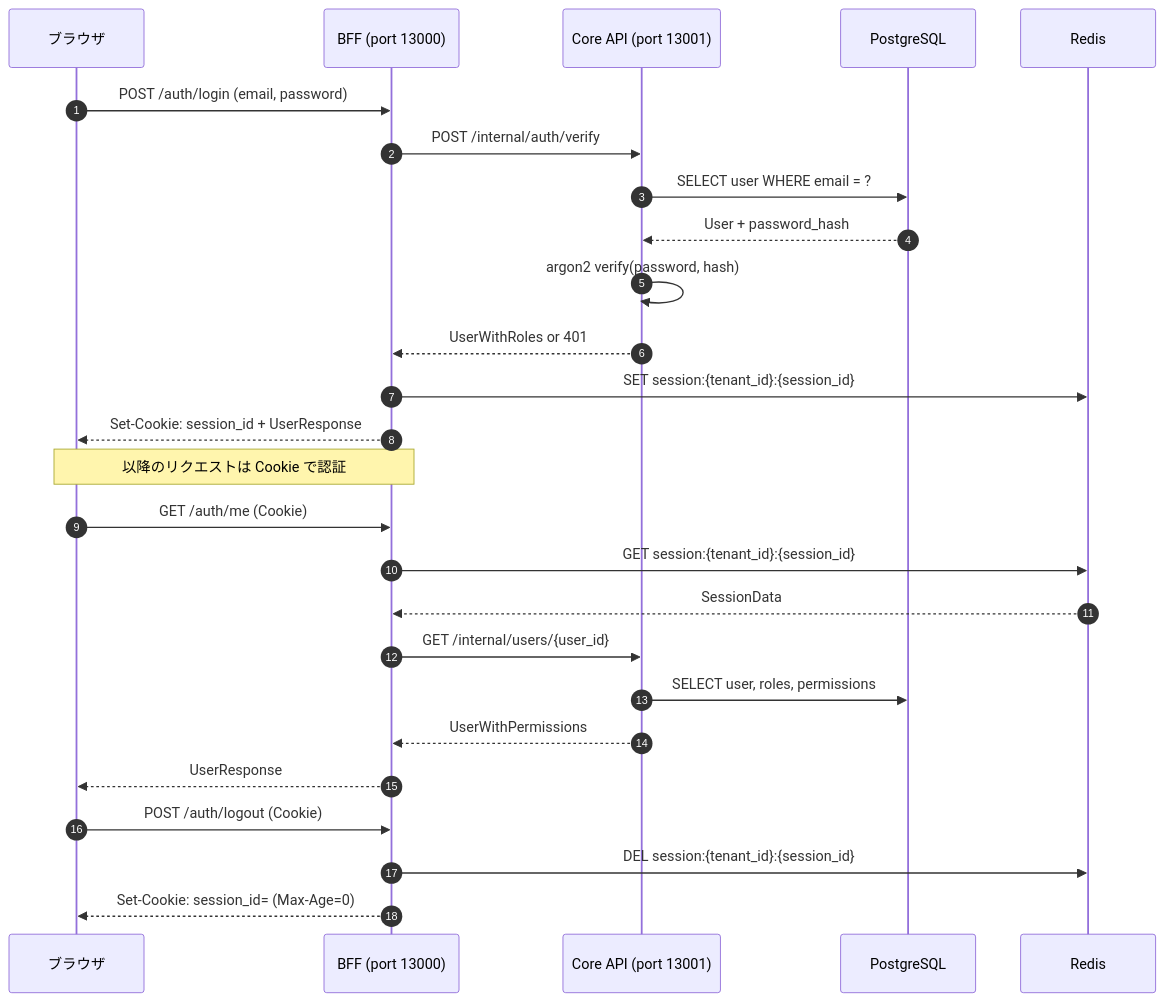
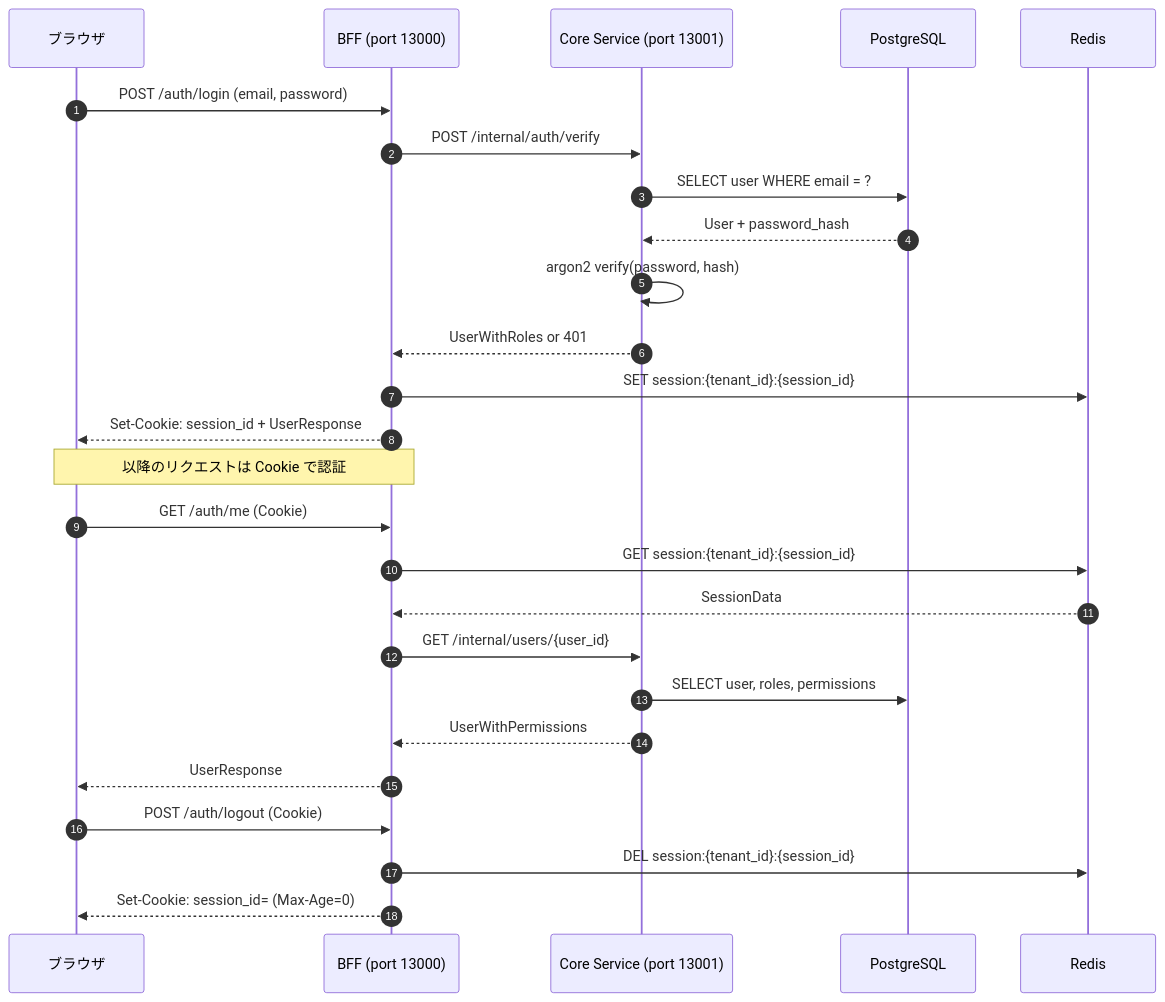
One commit to ka2kama/ringiflow changed the first of 3 diagrams in docs/03_詳細設計書/07_認証機能設計.md. Above: the diagram before and after it, drawn with Mermaid. The commit also changed other lines of this file and 55 other files, not shown here.

````diff
--- a/docs/03_詳細設計書/07_認証機能設計.md
+++ b/docs/03_詳細設計書/07_認証機能設計.md
@@ -31,32 +31,32 @@
 ```mermaid
 sequenceDiagram
     autonumber
     participant Browser as ブラウザ
     participant BFF as BFF (port 13000)
-    participant Core as Core API (port 13001)
+    participant Core as Core Service (port 13001)
     participant DB as PostgreSQL
     participant Redis as Redis
 
     Browser->>BFF: POST /auth/login (email, password)
     BFF->>Core: POST /internal/auth/verify
     Core->>DB: SELECT user WHERE email = ?
     DB-->>Core: User + password_hash
     Core->>Core: argon2 verify(password, hash)
     Core-->>BFF: UserWithRoles or 401
     BFF->>Redis: SET session:{tenant_id}:{session_id}
     BFF-->>Browser: Set-Cookie: session_id + UserResponse
 
     Note over Browser,BFF: 以降のリクエストは Cookie で認証
 
     Browser->>BFF: GET /auth/me (Cookie)
     BFF->>Redis: GET session:{tenant_id}:{session_id}
     Redis-->>BFF: SessionData
     BFF->>Core: GET /internal/users/{user_id}
     Core->>DB: SELECT user, roles, permissions
     Core-->>BFF: UserWithPermissions
     BFF-->>Browser: UserResponse
 
     Browser->>BFF: POST /auth/logout (Cookie)
     BFF->>Redis: DEL session:{tenant_id}:{session_id}
     BFF-->>Browser: Set-Cookie: session_id= (Max-Age=0)
 ```
````
